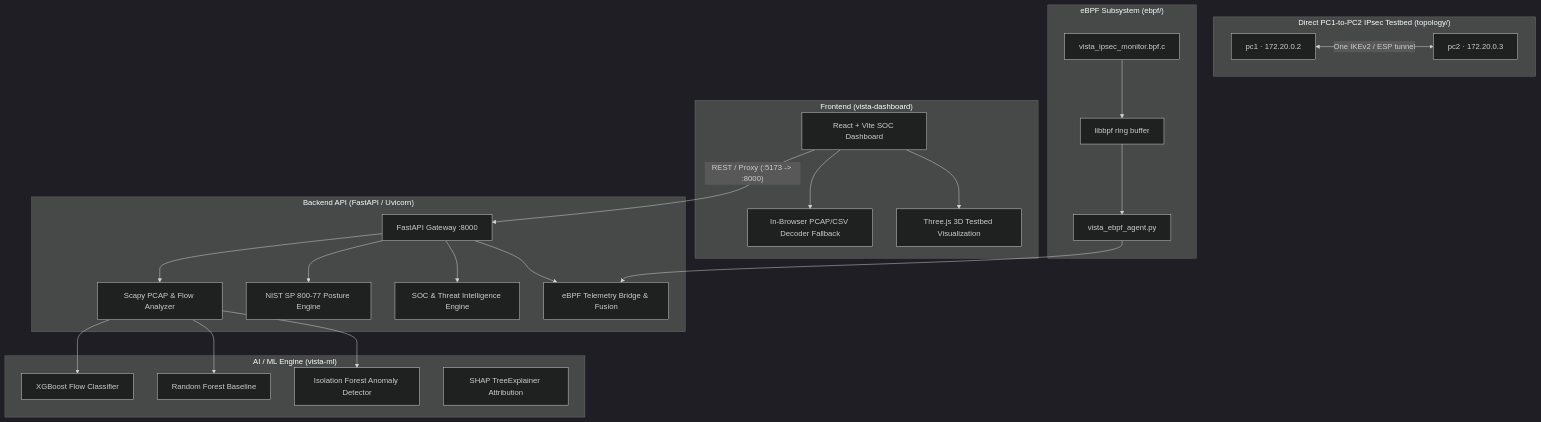
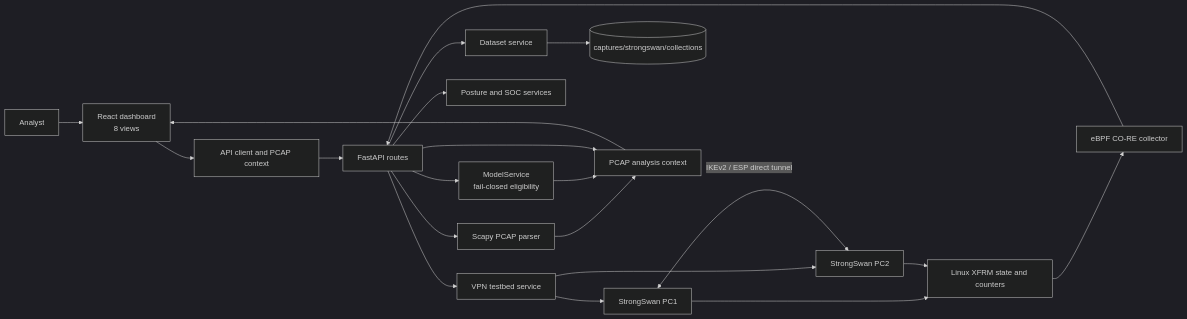
One commit to vish-4-1/VISTA-SIH2026 changed the diagram in docs/ARCHITECTURE.md. Above: the diagram before and after it, drawn with Mermaid (dark theme). The commit also changed other lines of this file and 4636 other files, not shown here.

````diff
--- a/docs/ARCHITECTURE.md
+++ b/docs/ARCHITECTURE.md
@@ -10,49 +7,23 @@
 ```mermaid
-graph TD
-    subgraph Frontend ["Frontend (vista-dashboard)"]
-        UI[React + Vite SOC Dashboard]
-        Parser[In-Browser PCAP/CSV Decoder Fallback]
-        Three[Three.js 3D Testbed Visualization]
-        UI --> Parser
-        UI --> Three
-    end
-
-    subgraph Backend ["Backend API (FastAPI / Uvicorn)"]
-        API[FastAPI Gateway :8000]
-        Analyzer[Scapy PCAP & Flow Analyzer]
-        Posture[NIST SP 800-77 Posture Engine]
-        SocServ[SOC & Threat Intelligence Engine]
-        EbpfServ[eBPF Telemetry Bridge & Fusion]
-        API --> Analyzer
-        API --> Posture
-        API --> SocServ
-        API --> EbpfServ
-    end
-
-    subgraph AI_Core ["AI / ML Engine (vista-ml)"]
-        XGB[XGBoost Flow Classifier]
-        RF[Random Forest Baseline]
-        ISO[Isolation Forest Anomaly Detector]
-        SHAP[SHAP TreeExplainer Attribution]
-        Analyzer --> XGB
-        Analyzer --> RF
-        Analyzer --> ISO
-    end
-
-    subgraph Testbed ["Direct PC1-to-PC2 IPsec Testbed (topology/)"]
-        PC1["pc1 · 172.20.0.2"]
-        PC2["pc2 · 172.20.0.3"]
-        PC1 <-- "One IKEv2 / ESP tunnel" --> PC2
-    end
-
-    subgraph Kernel_eBPF ["eBPF Subsystem (ebpf/)"]
-        Prog[vista_ipsec_monitor.bpf.c]
-        RingBuf[libbpf ring buffer]
-        Agent[vista_ebpf_agent.py]
-        Prog --> RingBuf
-        RingBuf --> Agent
-        Agent --> EbpfServ
-    end
-
-    UI -- "REST / Proxy (:5173 -> :8000)" --> API
+flowchart LR
+  User[Analyst] --> UI[React dashboard\n8 views]
+  UI --> Client[API client and PCAP context]
+  Client --> API[FastAPI routes]
+  API --> Parse[Scapy PCAP parser]
+  API --> Model[ModelService\nfail-closed eligibility]
+  API --> Posture[Posture and SOC services]
+  API --> Testbed[VPN testbed service]
+  Testbed --> PC1[StrongSwan PC1]
+  Testbed --> PC2[StrongSwan PC2]
+  PC1 <-->|IKEv2 / ESP direct tunnel| PC2
+  PC1 --> XFRM[Linux XFRM state and counters]
+  PC2 --> XFRM
+  XFRM --> BPF[eBPF CO-RE collector]
+  BPF --> API
+  API --> Dataset[Dataset service]
+  Dataset --> Evidence[(captures/strongswan/collections)]
+  Parse --> UploadState[PCAP analysis context]
+  Model --> UploadState
+  API --> UploadState
+  UploadState --> UI
 ```
````
